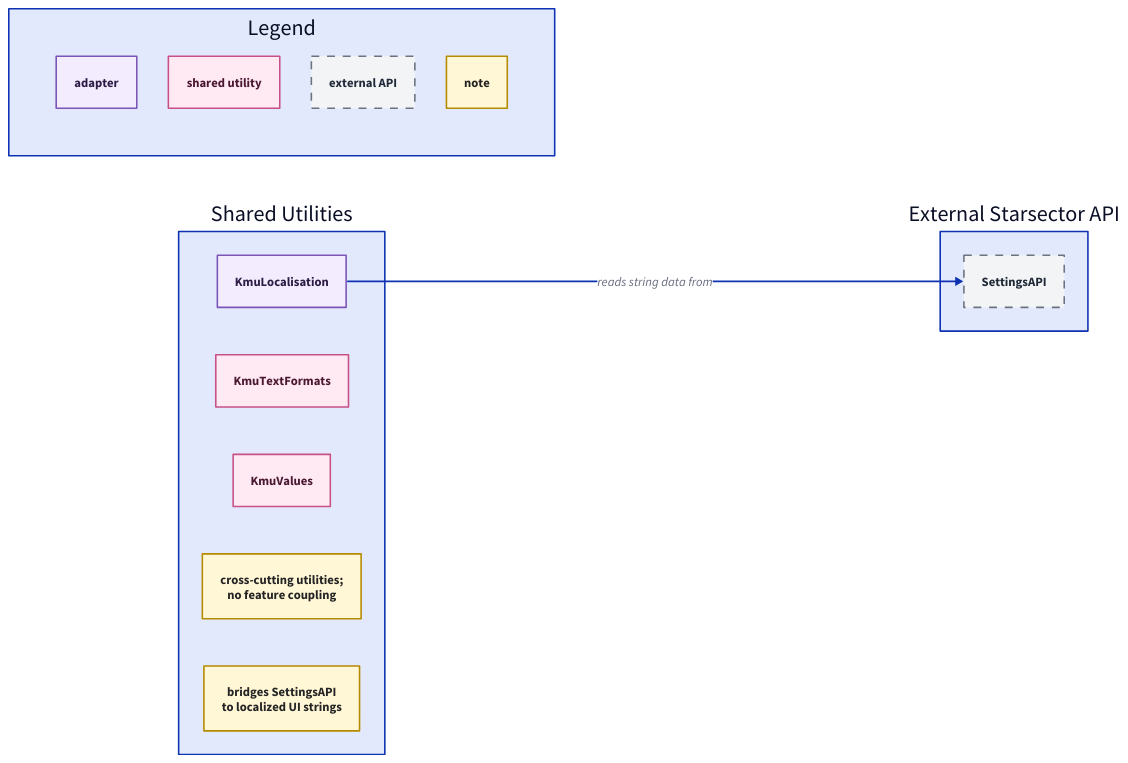
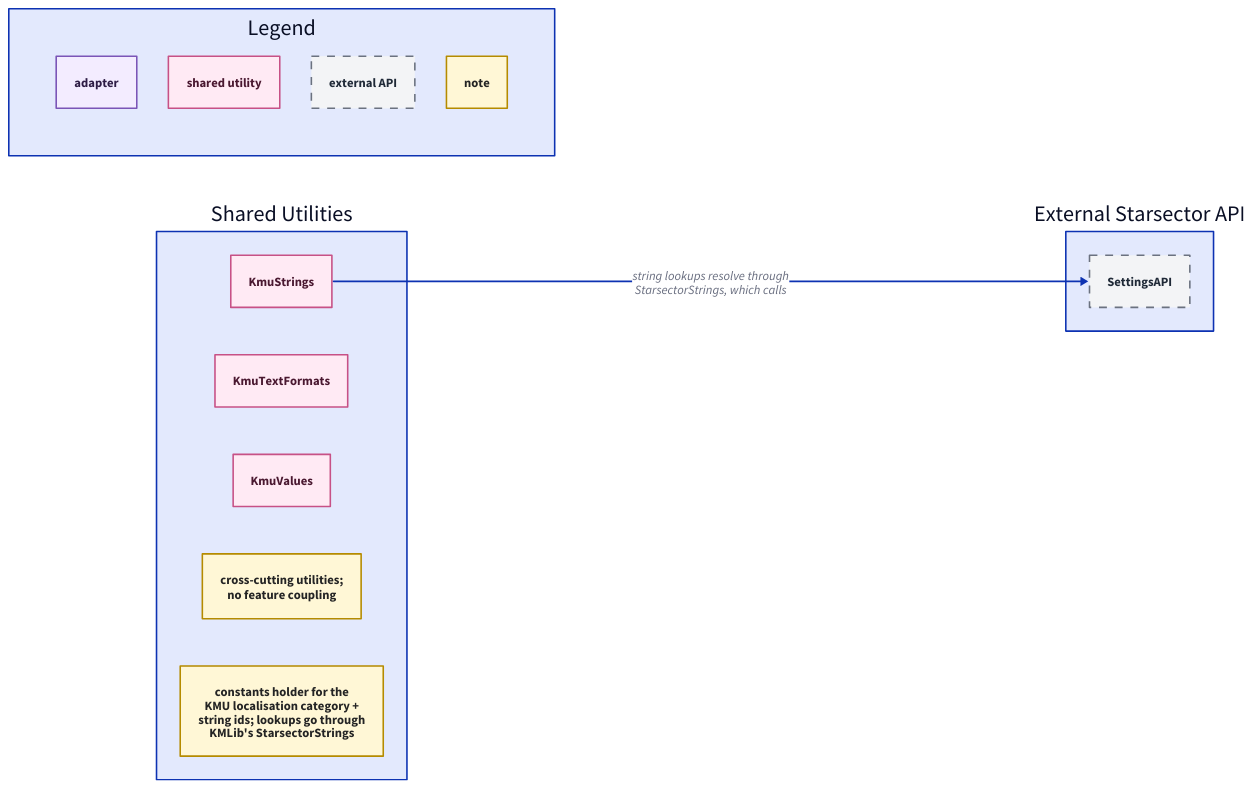
One commit to Klark-Morrigan/Starsector-Mod-KMU changed the diagram in src/main/java/kmu/util/util.d2. Above: the diagram before and after it, drawn with D2. The commit also changed 8 other files, not shown here.

Commit message:
refactor: move Starsector strings wrapper to KMLib

```diff
--- a/src/main/java/kmu/util/util.d2
+++ b/src/main/java/kmu/util/util.d2
@@ -1,59 +1,59 @@
 # Style conventions: see ../DIAGRAMS.md
 
 direction: right
 
 classes: {
   note: {
     style: {
       fill: "#fff7d6"
       stroke: "#b58b00"
       font-color: "#242424"
     }
   }
   adapter: {
     style: {
       fill: "#f3ecff"
       stroke: "#7b55b7"
       font-color: "#2d1c45"
     }
   }
   shared: {
     style: {
       fill: "#ffeaf4"
       stroke: "#c75186"
       font-color: "#4a1830"
     }
   }
   external: {
     style: {
       fill: "#f3f4f6"
       stroke: "#6b7280"
       font-color: "#1f2937"
       stroke-dash: 5
     }
   }
 }
 
 Legend: {
   grid-rows: 1
   L_adapter: "adapter" {class: adapter}
   L_shared: "shared utility" {class: shared}
   L_external: "external API" {class: external}
   L_note: "note" {class: note}
 }
 
 Utilities: "Shared Utilities" {
   direction: down
-  Localisation: "KmuLocalisation" {class: adapter}
+  Strings: "KmuStrings" {class: shared}
   TextFormats: "KmuTextFormats" {class: shared}
   Values: "KmuValues" {class: shared}
   ScopeNote: "cross-cutting utilities;\nno feature coupling" {class: note}
-  LocalisationNote: "bridges SettingsAPI\nto localized UI strings" {class: note}
+  StringsNote: "constants holder for the\nKMU localisation category +\nstring ids; lookups go through\nKMLib's StarsectorStrings" {class: note}
 }
 
 External: "External Starsector API" {
   direction: down
   SettingsAPI: "SettingsAPI" {class: external}
 }
 
-Utilities.Localisation -> External.SettingsAPI: "reads string data from"
+Utilities.Strings -> External.SettingsAPI: "string lookups resolve through\nStarsectorStrings, which calls"
```
